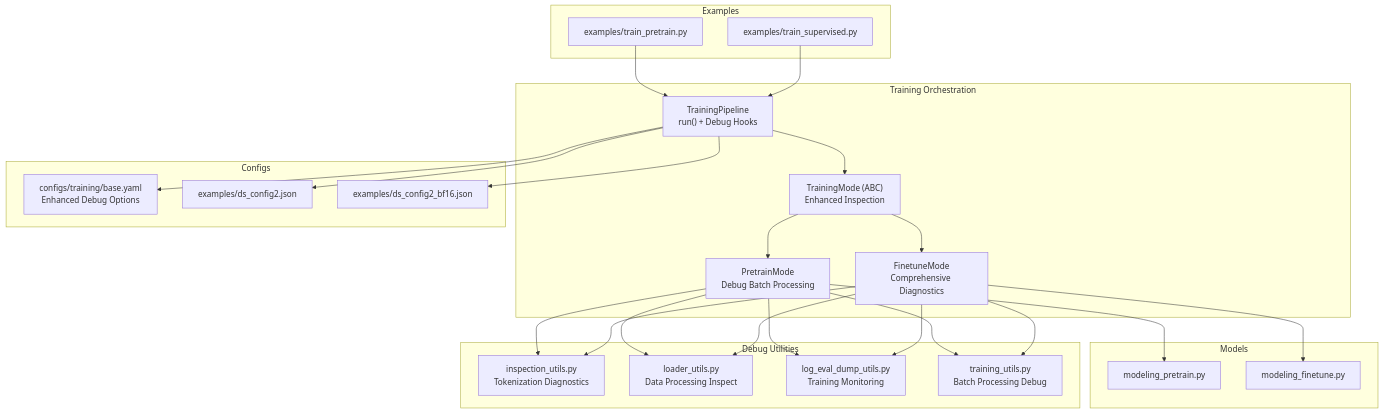
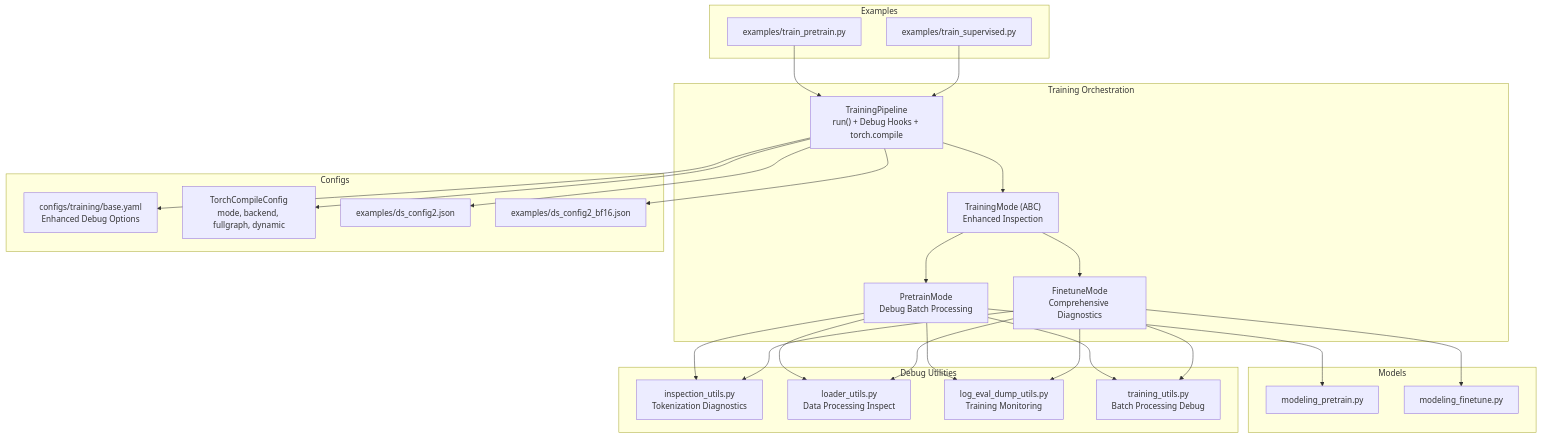
Before and after one commit to alibaba/graph-gpt: the first of 7 diagrams in .qoder/repowiki/en/content/Training Pipeline/Training Pipeline.md, drawn with Mermaid. The commit also changed other lines of this file and 2 other files, not shown here.

````diff
--- a/.qoder/repowiki/en/content/Training Pipeline/Training Pipeline.md
+++ b/.qoder/repowiki/en/content/Training Pipeline/Training Pipeline.md
@@ -56,46 +58,48 @@
 ```mermaid
 graph TB
 subgraph "Training Orchestration"
-TP["TrainingPipeline<br/>run() + Debug Hooks"]
+TP["TrainingPipeline<br/>run() + Debug Hooks + torch.compile"]
 TM["TrainingMode (ABC)<br/>Enhanced Inspection"]
 PTM["PretrainMode<br/>Debug Batch Processing"]
 FTM["FinetuneMode<br/>Comprehensive Diagnostics"]
 end
 subgraph "Examples"
 EP["examples/train_pretrain.py"]
 ES["examples/train_supervised.py"]
 end
 subgraph "Configs"
 CFG["configs/training/base.yaml<br/>Enhanced Debug Options"]
+TCC["TorchCompileConfig<br/>mode, backend, fullgraph, dynamic"]
 DS2["examples/ds_config2.json"]
 DS2BF16["examples/ds_config2_bf16.json"]
 end
 subgraph "Models"
 MP["modeling_pretrain.py"]
 MF["modeling_finetune.py"]
 end
 subgraph "Debug Utilities"
 IU["inspection_utils.py<br/>Tokenization Diagnostics"]
 LU["loader_utils.py<br/>Data Processing Inspect"]
 LEDU["log_eval_dump_utils.py<br/>Training Monitoring"]
 TU["training_utils.py<br/>Batch Processing Debug"]
 end
 EP --> TP
 ES --> TP
 TP --> TM
 TM --> PTM
 TM --> FTM
 TP --> CFG
+TP --> TCC
 TP --> DS2
 TP --> DS2BF16
 PTM --> MP
 FTM --> MF
 PTM --> IU
 FTM --> IU
 PTM --> LU
 FTM --> LU
 PTM --> LEDU
 FTM --> LEDU
 PTM --> TU
 FTM --> TU
 ```
````
